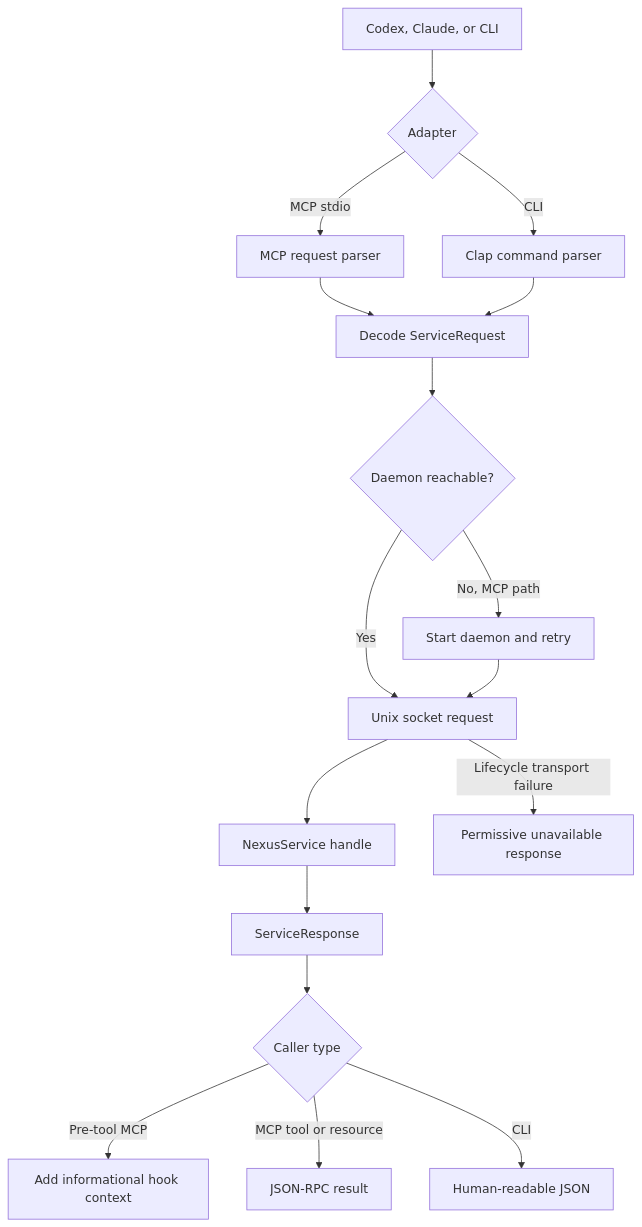
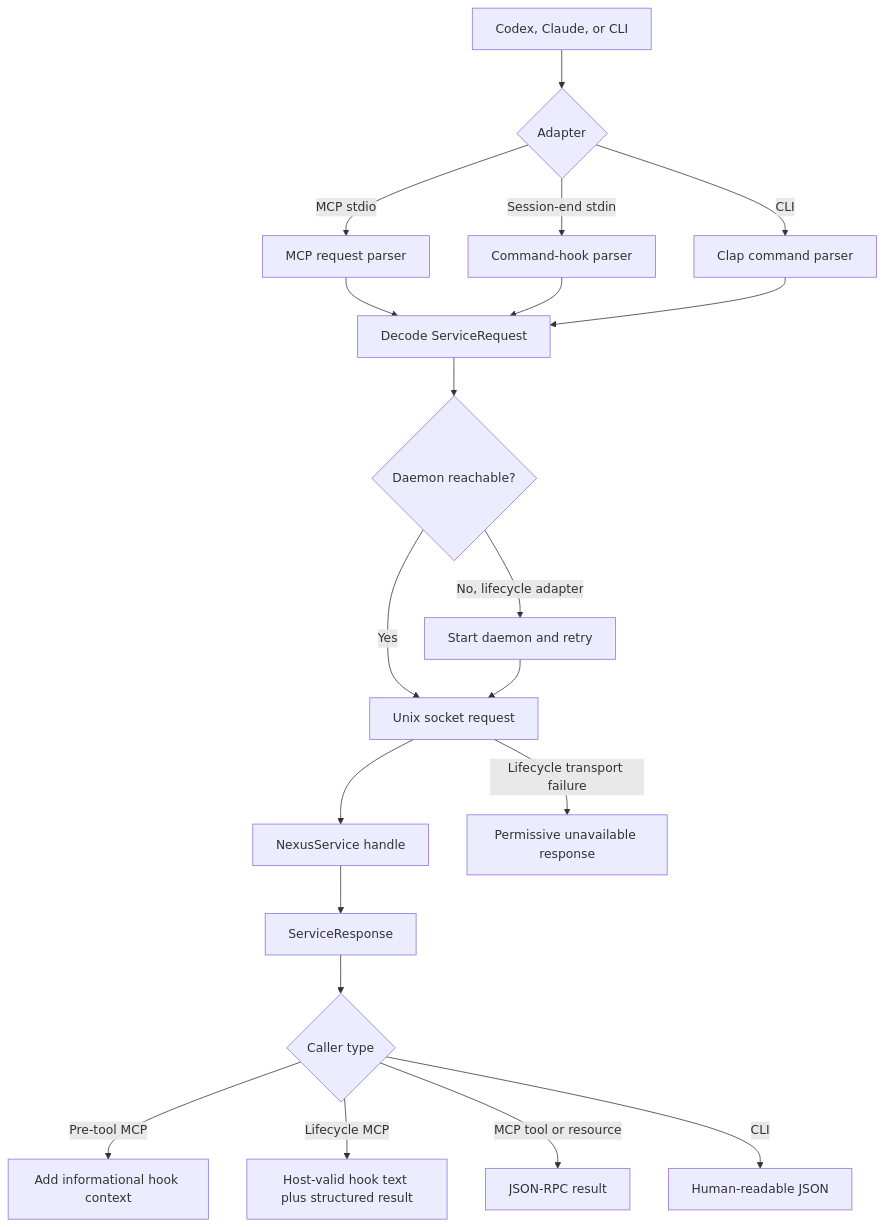
The diagram in docs/features/runtime.md (warrenronsiek/nexus), drawn with Mermaid before and after one commit. The commit also changed other lines of this file and 12 other files, not shown here.

First line of the commit message:
fix(hooks): emit host-compatible lifecycle responses

````diff
--- a/docs/features/runtime.md
+++ b/docs/features/runtime.md
@@ -17,19 +17,22 @@
 ```mermaid
 flowchart TD
     A[Codex, Claude, or CLI] --> B{Adapter}
     B -->|MCP stdio| C[MCP request parser]
+    B -->|Session-end stdin| P[Command-hook parser]
     B -->|CLI| D[Clap command parser]
     C --> E[Decode ServiceRequest]
+    P --> E
     D --> E
     E --> F{Daemon reachable?}
-    F -->|No, MCP path| G[Start daemon and retry]
+    F -->|No, lifecycle adapter| G[Start daemon and retry]
     F -->|Yes| H[Unix socket request]
     G --> H
     H --> I[NexusService handle]
     I --> J[ServiceResponse]
     J --> K{Caller type}
     K -->|Pre-tool MCP| L[Add informational hook context]
-    K -->|MCP tool or resource| M[JSON-RPC result]
-    K -->|CLI| N[Human-readable JSON]
-    H -->|Lifecycle transport failure| O[Permissive unavailable response]
+    K -->|Lifecycle MCP| M[Host-valid hook text plus structured result]
+    K -->|MCP tool or resource| N[JSON-RPC result]
+    K -->|CLI| O[Human-readable JSON]
+    H -->|Lifecycle transport failure| Q[Permissive unavailable response]
 ```
````
